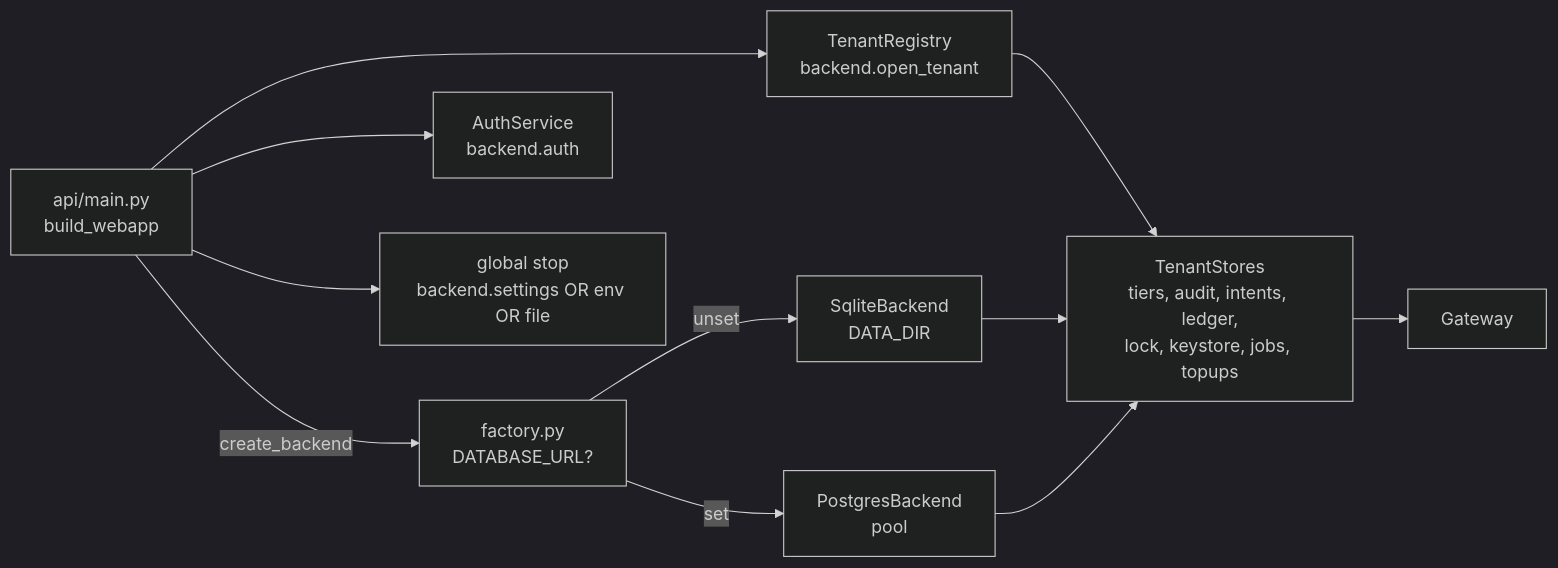
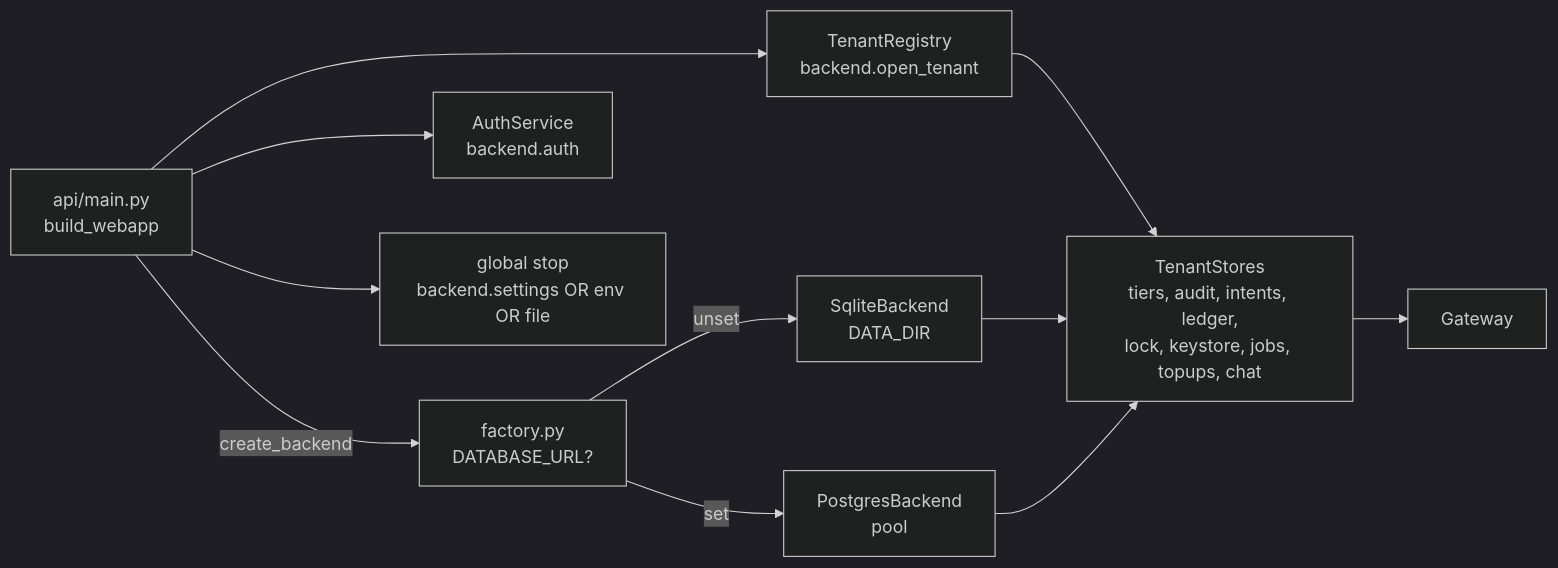
The second of 2 diagrams in docs/architecture/storage.md (thaicuong576/agent-wallet), drawn with Mermaid (dark theme) before and after one commit. The commit also changed other lines of this file and 41 other files, not shown here.

````diff
--- a/docs/architecture/storage.md
+++ b/docs/architecture/storage.md
@@ -57,13 +57,13 @@
 ```mermaid
 flowchart LR
     API[api/main.py<br/>build_webapp] -->|create_backend| F[factory.py<br/>DATABASE_URL?]
     F -->|unset| SB[SqliteBackend<br/>DATA_DIR]
     F -->|set| PB[PostgresBackend<br/>pool]
     API --> TR[TenantRegistry<br/>backend.open_tenant]
-    TR --> TS[TenantStores<br/>tiers, audit, intents, ledger,<br/>lock, keystore, jobs, topups]
+    TR --> TS[TenantStores<br/>tiers, audit, intents, ledger,<br/>lock, keystore, jobs, topups, chat]
     SB --> TS
     PB --> TS
     TS --> GW[Gateway]
     API --> AU[AuthService<br/>backend.auth]
     API --> GS[global stop<br/>backend.settings OR env OR file]
 ```
````
